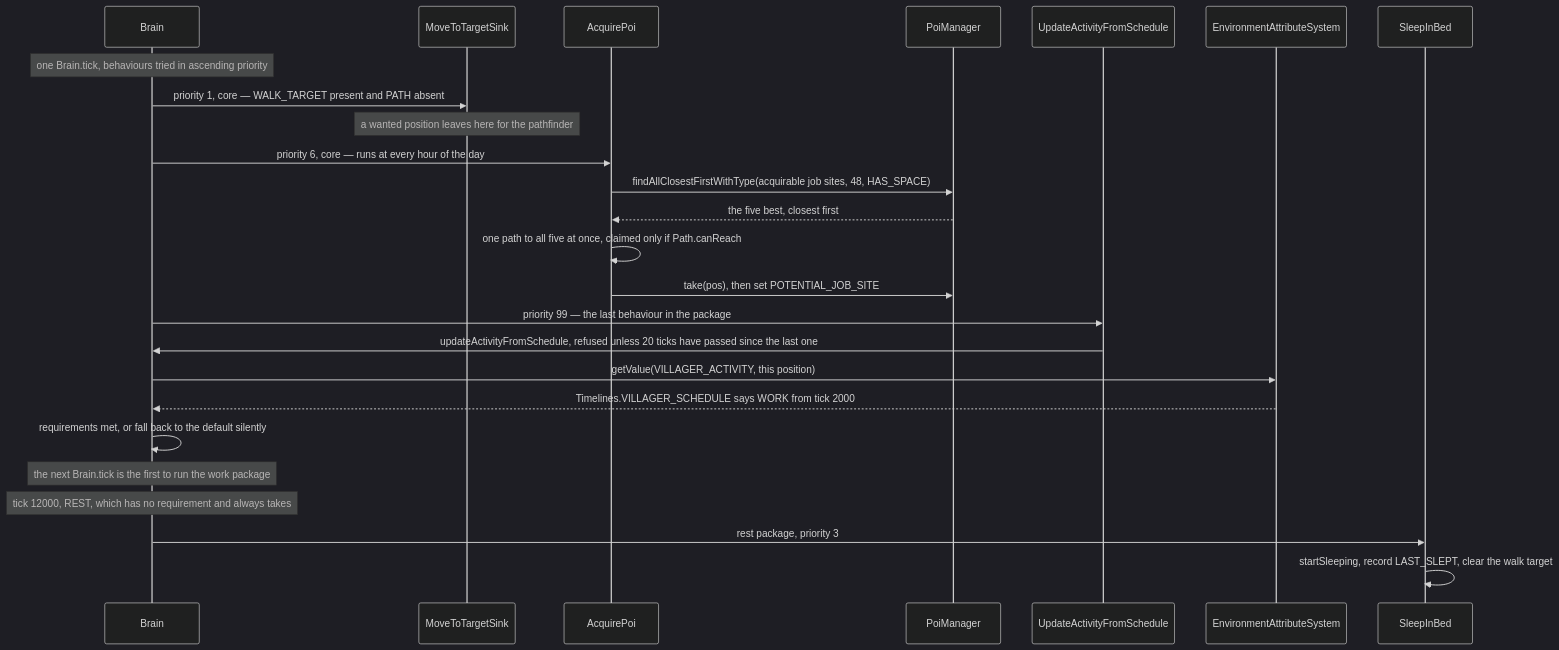
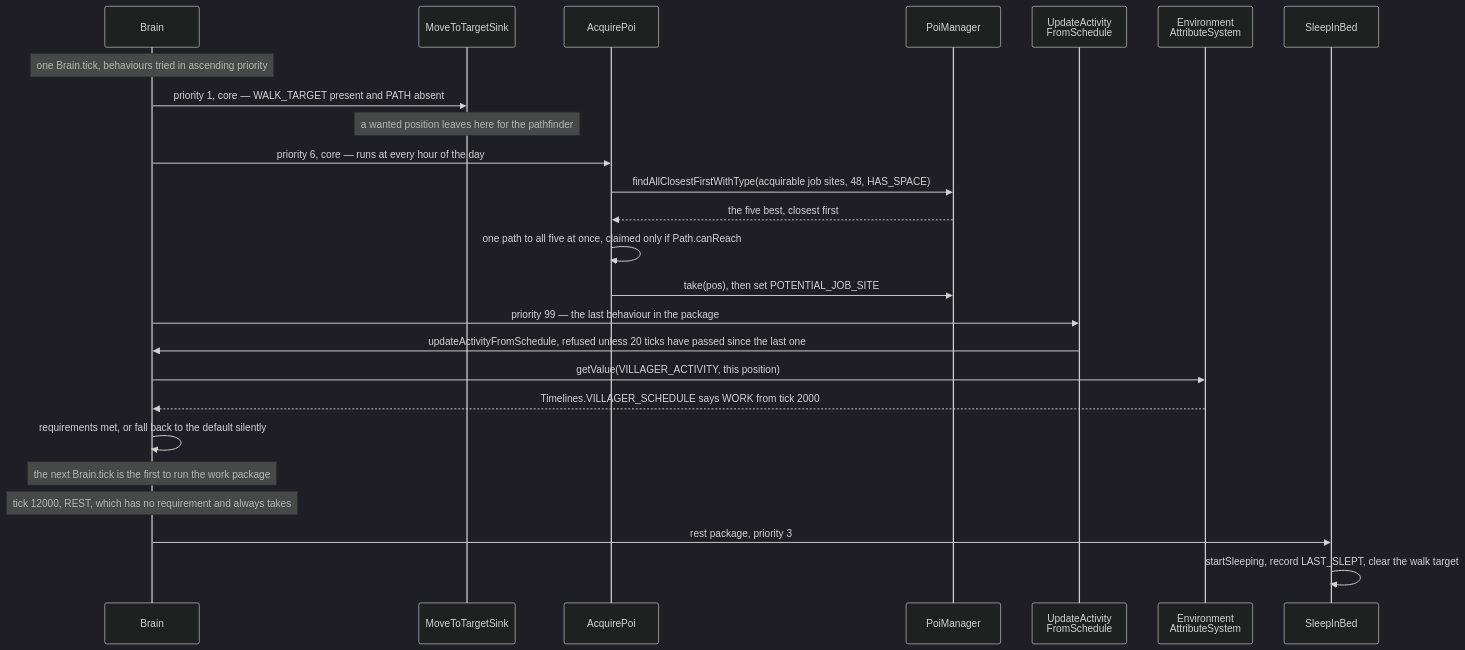
Before and after one commit to AlexanderjFraser/MinecraftDocs: the second of 2 diagrams in src/systems/entities/ai-goals-and-brains.md, drawn with Mermaid (dark theme). The commit also changed 68 other files, not shown here.

````diff
--- a/src/systems/entities/ai-goals-and-brains.md
+++ b/src/systems/entities/ai-goals-and-brains.md
@@ -334,28 +334,28 @@
 ```mermaid
 sequenceDiagram
     participant Brain as Brain
     participant MTS as MoveToTargetSink
     participant AP as AcquirePoi
     participant PM as PoiManager
-    participant UAFS as UpdateActivityFromSchedule
-    participant EAS as EnvironmentAttributeSystem
+    participant UAFS as UpdateActivity<br/>FromSchedule
+    participant EAS as Environment<br/>AttributeSystem
     participant SIB as SleepInBed
 
     Note over Brain: one Brain.tick, behaviours tried in ascending priority
     Brain->>MTS: priority 1, core — WALK_TARGET present and PATH absent
     Note over MTS: a wanted position leaves here for the pathfinder
     Brain->>AP: priority 6, core — runs at every hour of the day
     AP->>PM: findAllClosestFirstWithType(acquirable job sites, 48, HAS_SPACE)
     PM-->>AP: the five best, closest first
     AP->>AP: one path to all five at once, claimed only if Path.canReach
     AP->>PM: take(pos), then set POTENTIAL_JOB_SITE
     Brain->>UAFS: priority 99 — the last behaviour in the package
     UAFS->>Brain: updateActivityFromSchedule, refused unless 20 ticks have passed since the last one
     Brain->>EAS: getValue(VILLAGER_ACTIVITY, this position)
     EAS-->>Brain: Timelines.VILLAGER_SCHEDULE says WORK from tick 2000
     Brain->>Brain: requirements met, or fall back to the default silently
     Note over Brain: the next Brain.tick is the first to run the work package
     Note over Brain: tick 12000, REST, which has no requirement and always takes
     Brain->>SIB: rest package, priority 3
     SIB->>SIB: startSleeping, record LAST_SLEPT, clear the walk target
 ```
````
